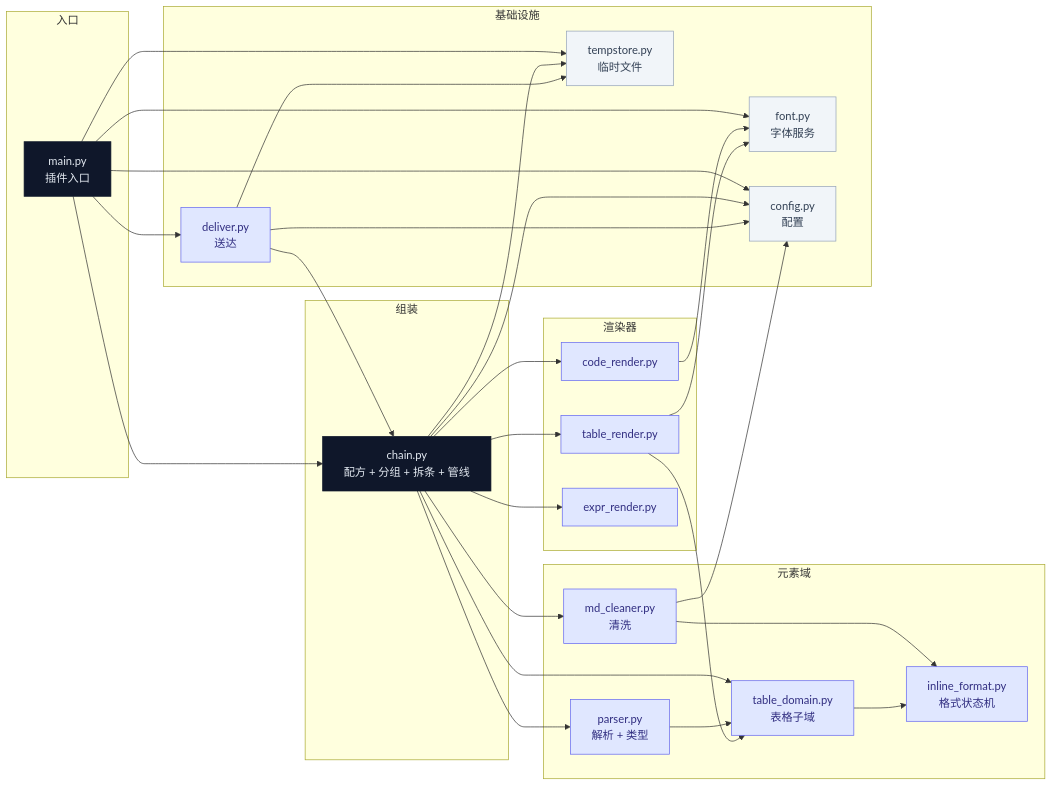
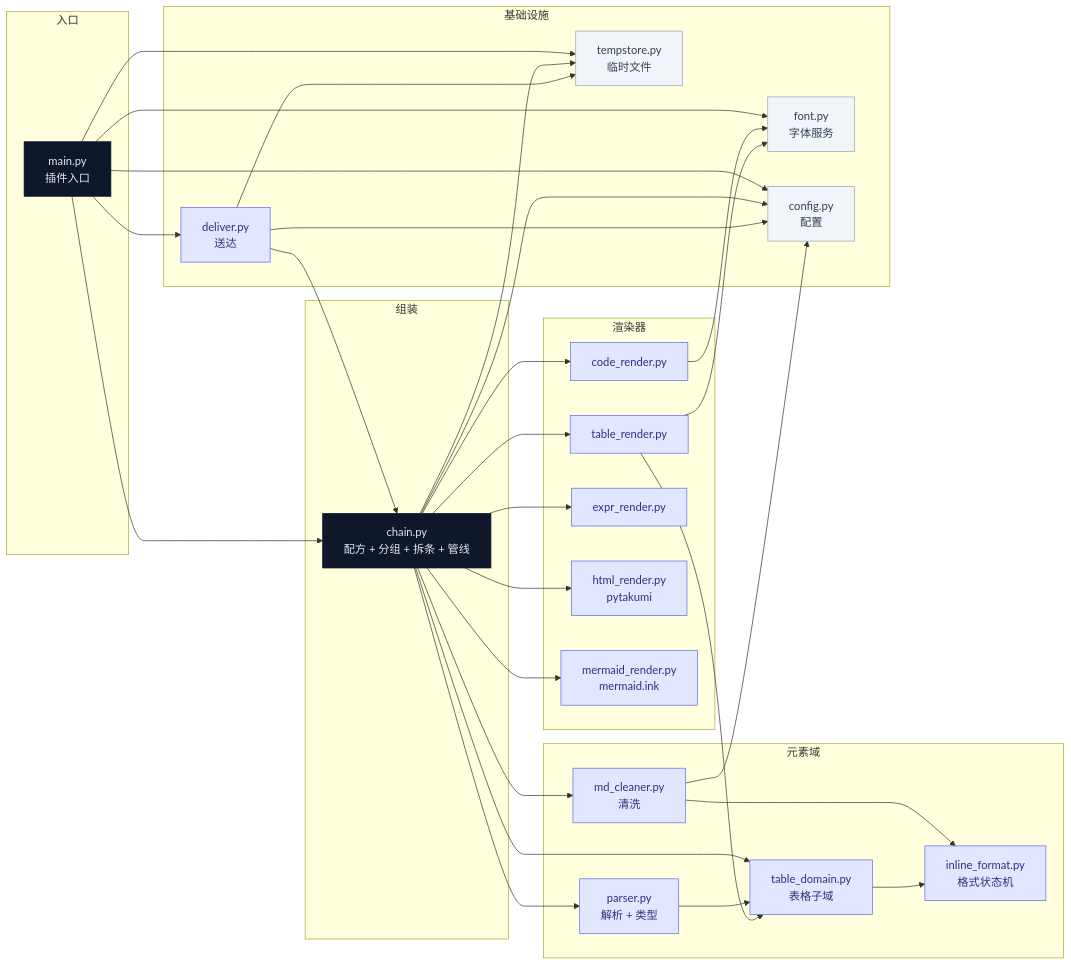
One commit to monster1389/astrbot_plugin_md_render changed the diagram in CLAUDE.md. Above: the diagram before and after it, drawn with Mermaid. The commit also changed other lines of this file and 22 other files, not shown here.

First line of the commit message:
feat: 支持 HTML 文档与 Mermaid 图表渲染，内置 show-me 技能

````diff
--- a/CLAUDE.md
+++ b/CLAUDE.md
@@ -79,57 +79,61 @@
 ```mermaid
 flowchart LR
   subgraph 入口
     main["main.py<br/>插件入口"]
   end
   subgraph 组装
     chain["chain.py<br/>配方 + 分组 + 拆条 + 管线"]
   end
   subgraph 元素域
     parser["parser.py<br/>解析 + 类型"]
     tdom["table_domain.py<br/>表格子域"]
     ifmt["inline_format.py<br/>格式状态机"]
     mdc["md_cleaner.py<br/>清洗"]
   end
   subgraph 渲染器
     code_r["code_render.py"]
     table_r["table_render.py"]
     expr_r["expr_render.py"]
+    html_r["html_render.py<br/>pytakumi"]
+    mmd_r["mermaid_render.py<br/>mermaid.ink"]
   end
   subgraph 基础设施
     font["font.py<br/>字体服务"]
     cfg["config.py<br/>配置"]
     ts["tempstore.py<br/>临时文件"]
     deliv["deliver.py<br/>送达"]
   end
 
   main --> chain
   main --> cfg
   main --> deliv
   main --> font
   main --> ts
   chain --> code_r
   chain --> cfg
   chain --> expr_r
+  chain --> html_r
   chain --> mdc
+  chain --> mmd_r
   chain --> parser
   chain --> tdom
   chain --> table_r
   chain --> ts
   code_r --> font
   parser --> tdom
   mdc --> ifmt
   mdc --> cfg
   deliv --> chain
   deliv --> ts
   deliv --> cfg
   table_r --> tdom
   table_r --> font
   tdom --> ifmt
 
   classDef deep fill:#0f172a,color:#e2e8f0,stroke:#0f172a;
   classDef mid fill:#e0e7ff,stroke:#6366f1,color:#312e81;
   classDef leaf fill:#f1f5f9,stroke:#94a3b8,color:#334155;
   class main,chain deep;
-  class parser,tdom,ifmt,mdc,code_r,table_r,expr_r,deliv mid;
+  class parser,tdom,ifmt,mdc,code_r,table_r,expr_r,html_r,mmd_r,deliv mid;
   class font,cfg,ts leaf;
 ```
````
